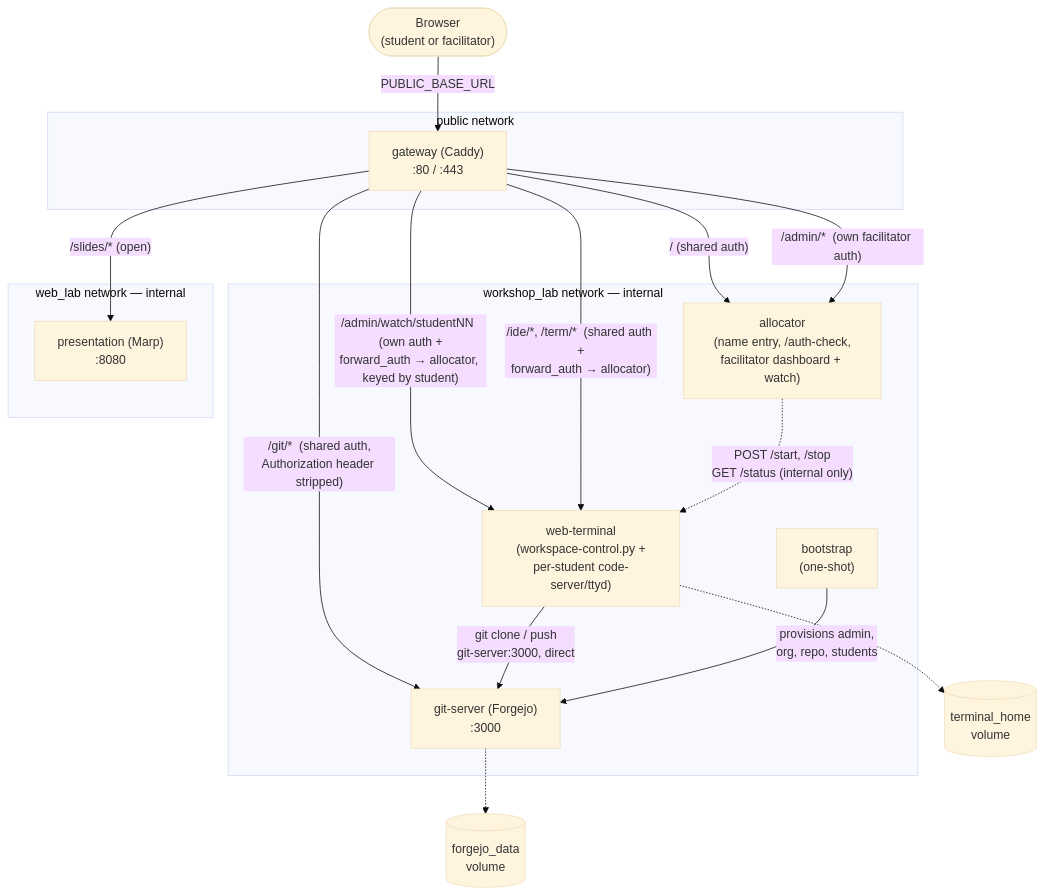
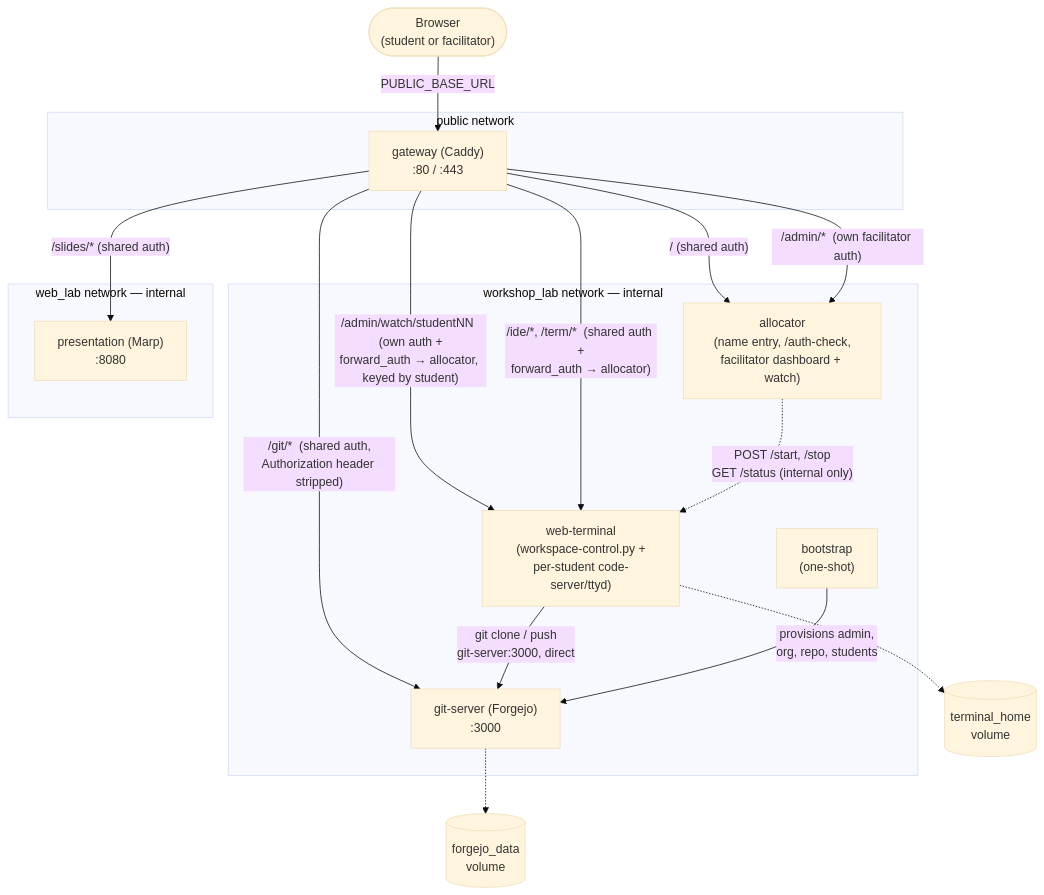
One commit to fiddler110/GitOps_Dojo changed the first of 3 diagrams in engine/README.md. Above: the diagram before and after it, drawn with Mermaid (base theme). The commit also changed other lines of this file and 3 other files, not shown here.

````diff
--- a/engine/README.md
+++ b/engine/README.md
@@ -34,35 +34,35 @@
 ```mermaid
 graph TB
     Browser(["Browser<br/>(student or facilitator)"])
 
     subgraph pub["public network"]
         GW["gateway (Caddy)<br/>:80 / :443"]
     end
 
     subgraph workshoplab["workshop_lab network — internal"]
         AL["allocator<br/>(name entry, /auth-check,<br/>facilitator dashboard + watch)"]
         WT["web-terminal<br/>(workspace-control.py +<br/>per-student code-server/ttyd)"]
         GS["git-server (Forgejo)<br/>:3000"]
         BS["bootstrap<br/>(one-shot)"]
     end
 
     subgraph weblab["web_lab network — internal"]
         PR["presentation (Marp)<br/>:8080"]
     end
 
     FD[("forgejo_data<br/>volume")]
     TH[("terminal_home<br/>volume")]
 
     Browser -->|PUBLIC_BASE_URL| GW
     GW -->|"/  (shared auth)"| AL
     GW -->|"/admin/*  (own facilitator auth)"| AL
     GW -->|"/admin/watch/studentNN  (own auth +<br/>forward_auth → allocator, keyed by student)"| WT
     GW -->|"/ide/*, /term/*  (shared auth +<br/>forward_auth → allocator)"| WT
     GW -->|"/git/*  (shared auth,<br/>Authorization header stripped)"| GS
-    GW -->|"/slides/*  (open)"| PR
+    GW -->|"/slides/*  (shared auth)"| PR
     AL -.->|"POST /start, /stop<br/>GET /status (internal only)"| WT
     WT -->|"git clone / push<br/>git-server:3000, direct"| GS
     BS -->|"provisions admin,<br/>org, repo, students"| GS
     GS -.-> FD
     WT -.-> TH
 ```
````
